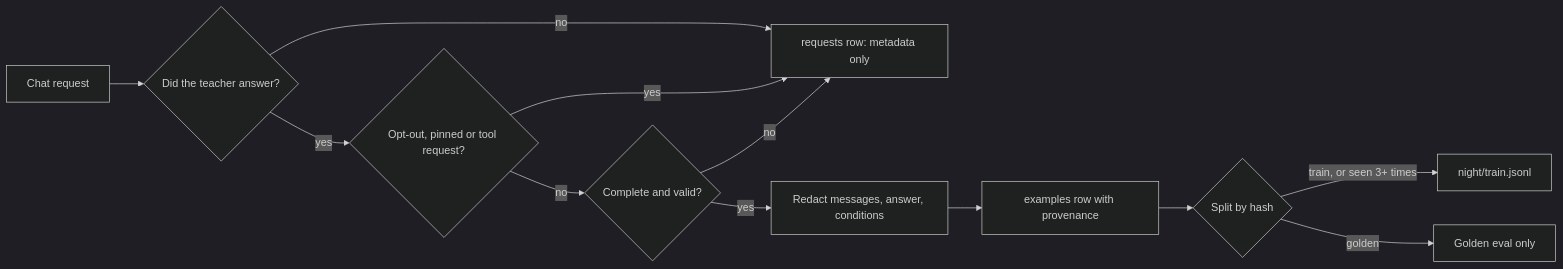
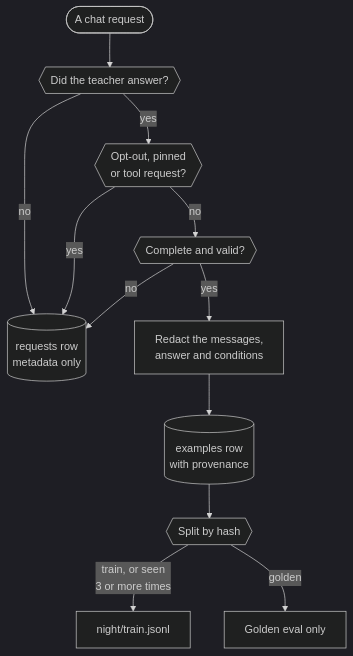
Before and after one commit to harshbhx/ratchet: the first of 5 diagrams in docs-site/src/content/docs/guides/ledger.mdx, drawn with Mermaid (dark theme). The commit also changed other lines of this file and 25 other files, not shown here.

````diff
--- a/docs-site/src/content/docs/guides/ledger.mdx
+++ b/docs-site/src/content/docs/guides/ledger.mdx
@@ -50,14 +63,19 @@
 ```mermaid
-flowchart LR
-  A["Chat request"] --> B{"Did the teacher answer?"}
-  B -->|"no"| M["requests row: metadata only"]
-  B -->|"yes"| C{"Opt-out, pinned or tool request?"}
-  C -->|"yes"| M
-  C -->|"no"| D{"Complete and valid?"}
-  D -->|"no"| M
-  D -->|"yes"| R["Redact messages, answer, conditions"]
-  R --> E["examples row with provenance"]
-  E --> S{"Split by hash"}
-  S -->|"train, or seen 3+ times"| T["night/train.jsonl"]
-  S -->|"golden"| G["Golden eval only"]
+flowchart TB
+  A(["A chat request"]) --> B{{"Did the teacher answer?"}}
+  B -->|no| M[("requests row<br/>metadata only")]
+  B -->|yes| C{{"Opt-out, pinned<br/>or tool request?"}}
+  C -->|yes| M
+  C -->|no| D{{"Complete and valid?"}}
+  D -->|no| M
+  D -->|yes| R["Redact the messages,<br/>answer and conditions"]
+  R --> E[("examples row<br/>with provenance")]
+  E --> S{{"Split by hash"}}
+  S -->|"train, or seen<br/>3 or more times"| T["night/train.jsonl"]
+  S -->|golden| G["Golden eval only"]
+
+  class A neutral
+  class B,C,D,S gate
+  class M,E store
+  class R neutral
 ```
````
